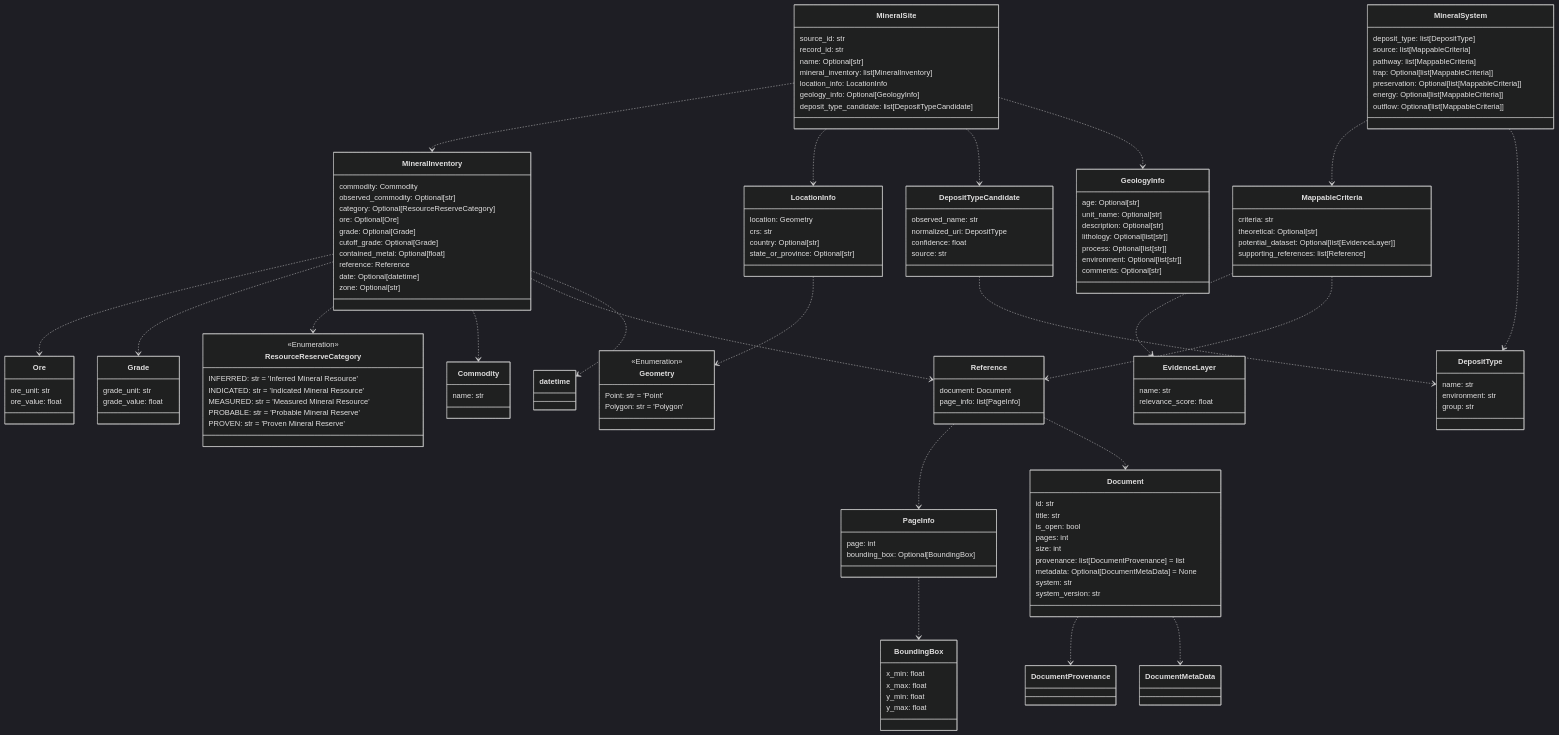
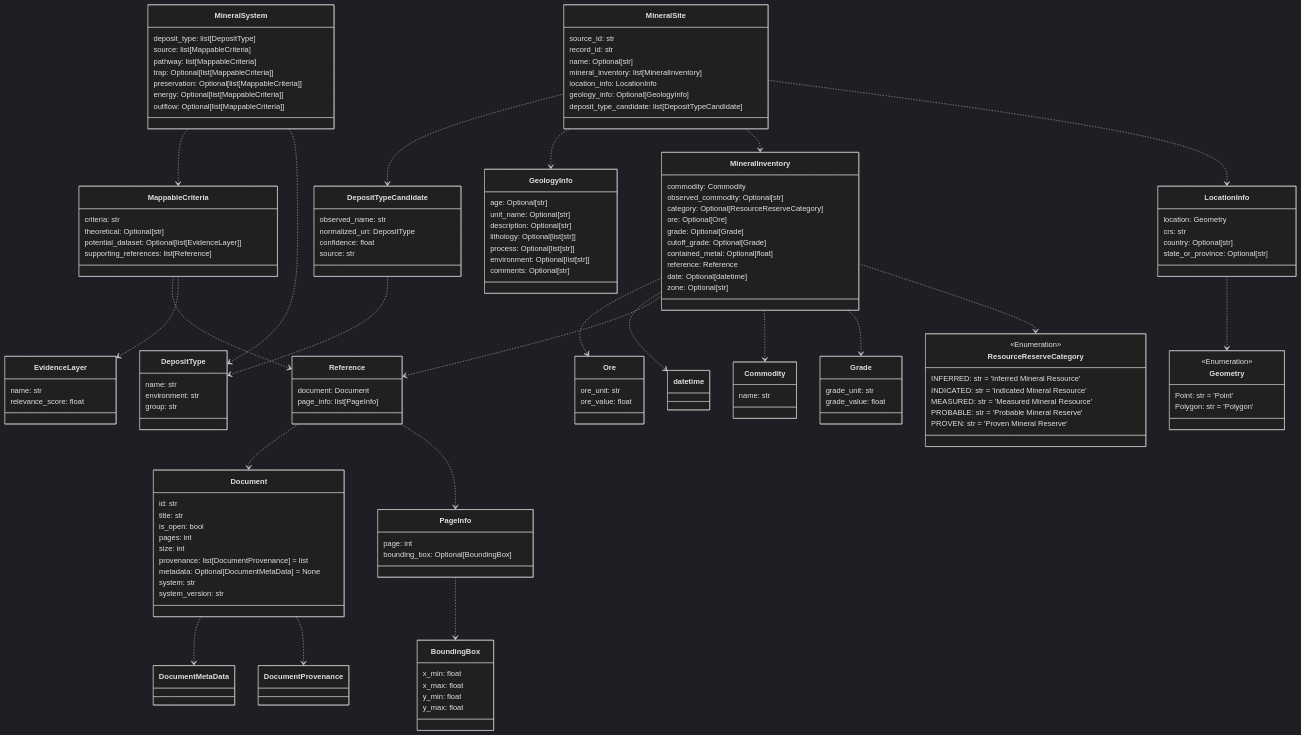
One commit to DARPA-CRITICALMAAS/cdr_schemas changed the tenth of 12 diagrams in README.md. Above: the diagram before and after it, drawn with Mermaid (dark theme). The commit also changed other lines of this file and 5 other files, not shown here.

````diff
--- a/README.md
+++ b/README.md
@@ -703,5 +737,47 @@
 ```mermaid
 classDiagram
+
+    class DepositTypeCandidate {
+        observed_name: str
+        normalized_uri: DepositType
+        confidence: float
+        source: str
+    }
+
+    class MineralInventory {
+        commodity: Commodity
+        observed_commodity: Optional[str]
+        category: Optional[ResourceReserveCategory]
+        ore: Optional[Ore]
+        grade: Optional[Grade]
+        cutoff_grade: Optional[Grade]
+        contained_metal: Optional[float]
+        reference: Reference
+        date: Optional[datetime]
+        zone: Optional[str]
+    }
+
+    class DepositType {
+        name: str
+        environment: str
+        group: str
+    }
+
+    class MineralSystem {
+        deposit_type: list[DepositType]
+        source: list[MappableCriteria]
+        pathway: list[MappableCriteria]
+        trap: Optional[list[MappableCriteria]]
+        preservation: Optional[list[MappableCriteria]]
+        energy: Optional[list[MappableCriteria]]
+        outflow: Optional[list[MappableCriteria]]
+    }
+
+    class Geometry {
+        <<Enumeration>>
+        Point: str = 'Point'
+        Polygon: str = 'Polygon'
+    }
 
     class GeologyInfo {
         age: Optional[str]
@@ -713,43 +789,21 @@
         comments: Optional[str]
     }
 
-    class DepositType {
-        name: str
-        environment: str
-        group: str
+    class Reference {
+        document: Document
+        page_info: list[PageInfo]
     }
 
-    class Geometry {
-        <<Enumeration>>
-        Point: str = 'Point'
-        Polygon: str = 'Polygon'
+    class BoundingBox {
+        x_min: float
+        x_max: float
+        y_min: float
+        y_max: float
     }
 
-    class Grade {
-        grade_unit: str
-        grade_value: float
-    }
-
-    class PageInfo {
-        page: int
-        bounding_box: Optional[BoundingBox]
-    }
-
-    class MappableCriteria {
-        criteria: str
-        theoretical: Optional[str]
-        potential_dataset: Optional[list[EvidenceLayer]]
-        supporting_references: list[Reference]
-    }
-
-    class MineralSite {
-        source_id: str
-        record_id: str
-        name: Optional[str]
-        mineral_inventory: list[MineralInventory]
-        location_info: LocationInfo
-        geology_info: Optional[GeologyInfo]
-        deposit_type_candidate: list[DepositTypeCandidate]
+    class Ore {
+        ore_unit: str
+        ore_value: float
     }
 
     class Document {
@@ -773,40 +827,26 @@
         PROVEN: str = 'Proven Mineral Reserve'
     }
 
-    class Reference {
-        document: Document
-        page_info: list[PageInfo]
+    class MappableCriteria {
+        criteria: str
+        theoretical: Optional[str]
+        potential_dataset: Optional[list[EvidenceLayer]]
+        supporting_references: list[Reference]
     }
 
-    class Commodity {
-        name: str
+    class MineralSite {
+        source_id: str
+        record_id: str
+        name: Optional[str]
+        mineral_inventory: list[MineralInventory]
+        location_info: LocationInfo
+        geology_info: Optional[GeologyInfo]
+        deposit_type_candidate: list[DepositTypeCandidate]
     }
 
-    class BoundingBox {
-        x_min: float
-        x_max: float
-        y_min: float
-        y_max: float
-    }
-
-    class DepositTypeCandidate {
-        observed_name: str
-        normalized_uri: DepositType
-        confidence: float
-        source: str
-    }
-
-    class MineralInventory {
-        commodity: Commodity
-        observed_commodity: Optional[str]
-        category: Optional[ResourceReserveCategory]
-        ore: Optional[Ore]
-        grade: Optional[Grade]
-        cutoff_grade: Optional[Grade]
-        contained_metal: Optional[float]
-        reference: Reference
-        date: Optional[datetime]
-        zone: Optional[str]
+    class Grade {
+        grade_unit: str
+        grade_value: float
     }
 
     class LocationInfo {
@@ -816,47 +856,41 @@
         state_or_province: Optional[str]
     }
 
+    class PageInfo {
+        page: int
+        bounding_box: Optional[BoundingBox]
+    }
+
+    class Commodity {
+        name: str
+    }
+
     class EvidenceLayer {
         name: str
         relevance_score: float
     }
 
-    class Ore {
-        ore_unit: str
-        ore_value: float
-    }
-
-    class MineralSystem {
-        deposit_type: list[DepositType]
-        source: list[MappableCriteria]
-        pathway: list[MappableCriteria]
-        trap: Optional[list[MappableCriteria]]
-        preservation: Optional[list[MappableCriteria]]
-        energy: Optional[list[MappableCriteria]]
-        outflow: Optional[list[MappableCriteria]]
-    }
-
+    Document ..> DocumentProvenance
     Document ..> DocumentMetaData
-    Document ..> DocumentProvenance
     DepositTypeCandidate ..> DepositType
     PageInfo ..> BoundingBox
+    Reference ..> PageInfo
     Reference ..> Document
-    Reference ..> PageInfo
+    MappableCriteria ..> EvidenceLayer
     MappableCriteria ..> Reference
-    MappableCriteria ..> EvidenceLayer
     MineralSystem ..> DepositType
     MineralSystem ..> MappableCriteria
-    MineralInventory ..> datetime
-    MineralInventory ..> Reference
-    MineralInventory ..> Commodity
     MineralInventory ..> ResourceReserveCategory
     MineralInventory ..> Grade
+    MineralInventory ..> Commodity
+    MineralInventory ..> Reference
+    MineralInventory ..> datetime
     MineralInventory ..> Ore
     LocationInfo ..> Geometry
+    MineralSite ..> LocationInfo
+    MineralSite ..> MineralInventory
     MineralSite ..> GeologyInfo
     MineralSite ..> DepositTypeCandidate
-    MineralSite ..> LocationInfo
-    MineralSite ..> MineralInventory
 
 
 ```
````
